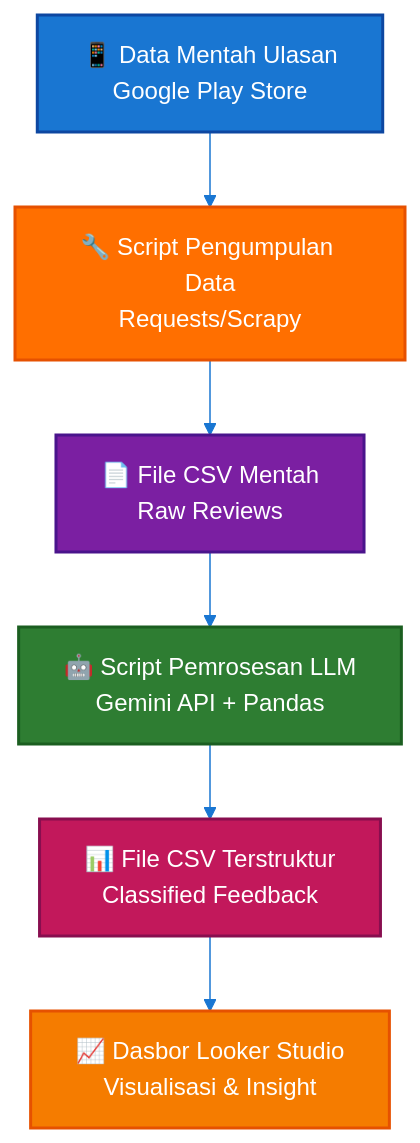
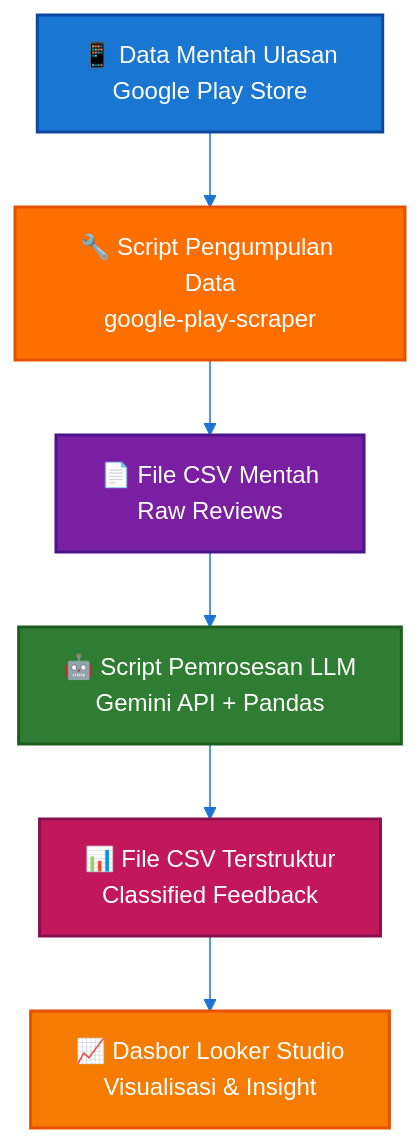
Before and after one commit to raindragon14/Product_Intellegence_Engine: the diagram in README.md, drawn with Mermaid. The commit also changed other lines of this file, not shown here.

````diff
--- a/README.md
+++ b/README.md
@@ -36,16 +36,16 @@
 ```mermaid
 %%{init: {'theme':'base', 'themeVariables': { 'primaryColor':'#4CAF50','primaryTextColor':'#fff','primaryBorderColor':'#2E7D32','lineColor':'#1976D2','secondaryColor':'#2196F3','tertiaryColor':'#FF9800','background':'#ffffff','mainBkg':'#4CAF50','secondBkg':'#2196F3','tertiaryBkg':'#FF9800','textColor':'#333333','fontSize':'16px'}}}%%
 graph TD
-    A["📱 Data Mentah Ulasan<br/>Google Play Store"] --> B["🔧 Script Pengumpulan Data<br/>Requests/Scrapy"]
+    A["📱 Data Mentah Ulasan<br/>Google Play Store"] --> B["🔧 Script Pengumpulan Data<br/>google-play-scraper"]
     B --> C["📄 File CSV Mentah<br/>Raw Reviews"]
     C --> D["🤖 Script Pemrosesan LLM<br/>Gemini API + Pandas"]
     D --> E["📊 File CSV Terstruktur<br/>Classified Feedback"]
     E --> F["📈 Dasbor Looker Studio<br/>Visualisasi & Insight"]
     
     style A fill:#1976D2,stroke:#0D47A1,stroke-width:2px,color:#fff
     style B fill:#FF6F00,stroke:#E65100,stroke-width:2px,color:#fff
     style C fill:#7B1FA2,stroke:#4A148C,stroke-width:2px,color:#fff
     style D fill:#2E7D32,stroke:#1B5E20,stroke-width:2px,color:#fff
     style E fill:#C2185B,stroke:#880E4F,stroke-width:2px,color:#fff
     style F fill:#F57C00,stroke:#E65100,stroke-width:2px,color:#fff
 ```
````
